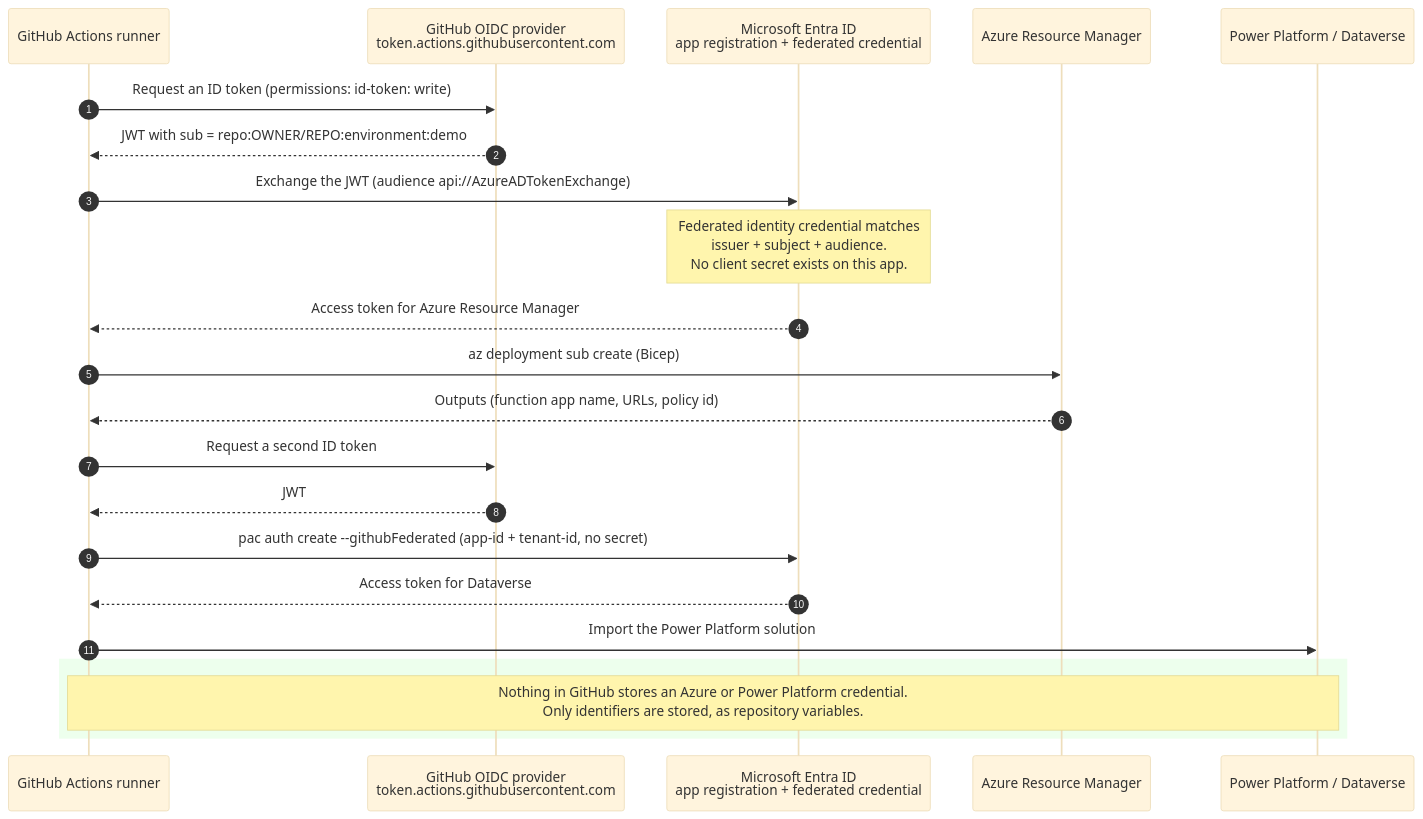
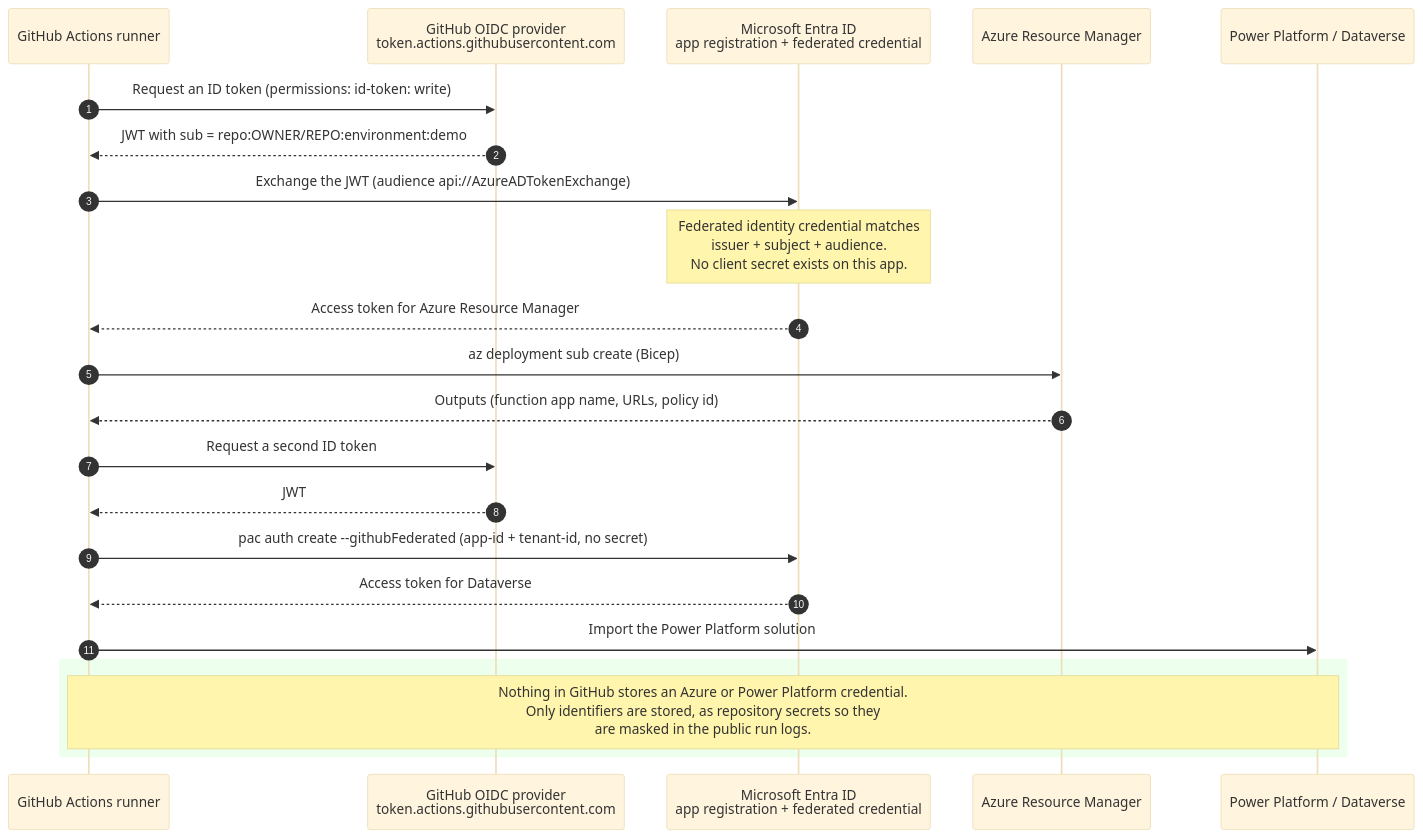
One commit to tinodo/secure-request-classifier changed the third of 3 diagrams in README.md. Above: the diagram before and after it, drawn with Mermaid (base theme). The commit also changed other lines of this file and 10 other files, not shown here.

First line of the commit message:
Provision the environment from the pipeline, and store identifiers as secrets

````diff
--- a/README.md
+++ b/README.md
@@ -140,27 +140,27 @@
 ```mermaid
 sequenceDiagram
     autonumber
     participant GH as GitHub Actions runner
     participant OIDC as GitHub OIDC provider<br/>token.actions.githubusercontent.com
     participant Entra as Microsoft Entra ID<br/>app registration + federated credential
     participant ARM as Azure Resource Manager
     participant DV as Power Platform / Dataverse
 
     GH->>OIDC: Request an ID token (permissions: id-token: write)
     OIDC-->>GH: JWT with sub = repo:OWNER/REPO:environment:demo
     GH->>Entra: Exchange the JWT (audience api://AzureADTokenExchange)
     Note over Entra: Federated identity credential matches<br/>issuer + subject + audience.<br/>No client secret exists on this app.
     Entra-->>GH: Access token for Azure Resource Manager
     GH->>ARM: az deployment sub create (Bicep)
     ARM-->>GH: Outputs (function app name, URLs, policy id)
 
     GH->>OIDC: Request a second ID token
     OIDC-->>GH: JWT
     GH->>Entra: pac auth create --githubFederated (app-id + tenant-id, no secret)
     Entra-->>GH: Access token for Dataverse
     GH->>DV: Import the Power Platform solution
 
     rect rgba(220, 255, 220, 0.5)
-        Note over GH,DV: Nothing in GitHub stores an Azure or Power Platform credential.<br/>Only identifiers are stored, as repository variables.
+        Note over GH,DV: Nothing in GitHub stores an Azure or Power Platform credential.<br/>Only identifiers are stored, as repository secrets so they<br/>are masked in the public run logs.
     end
 ```
````
